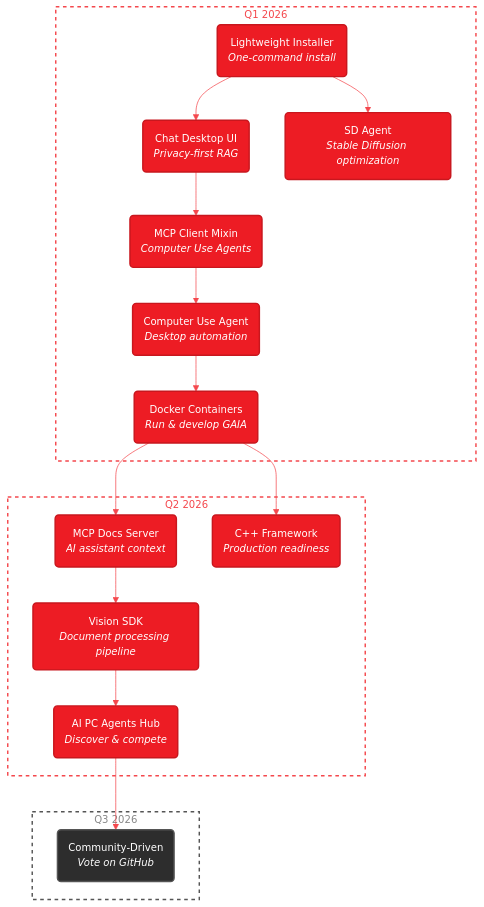
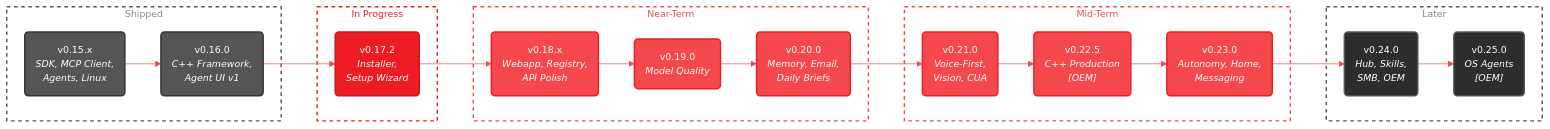
The diagram in docs/roadmap.mdx (amd/gaia), drawn with Mermaid before and after one commit. The commit also changed other lines of this file and 10 other files, not shown here.

First line of the commit message:
Roadmap overhaul: milestone-aligned plans, 9 new plan documents, voice-first P0

````diff
--- a/docs/roadmap.mdx
+++ b/docs/roadmap.mdx
@@ -29,50 +20,49 @@
 ```mermaid
-%%{init: {'theme':'base', 'themeVariables': { 'primaryColor':'#ED1C24', 'primaryTextColor':'#fff', 'primaryBorderColor':'#C8171E', 'lineColor':'#F4484D', 'secondaryColor':'#2d2d2d', 'tertiaryColor':'#f5f5f5', 'fontSize':'14px', 'fontFamily': 'system-ui, -apple-system, sans-serif'}}}%%
-graph TD
-    subgraph Q1["Q1 2026"]
-        A("Lightweight Installer<br/><i>One-command install</i>")
-        B("Chat Desktop UI<br/><i>Privacy-first RAG</i>")
-        C("MCP Client Mixin<br/><i>Computer Use Agents</i>")
-        C2("Computer Use Agent<br/><i>Desktop automation</i>")
-        D("Docker Containers<br/><i>Run & develop GAIA</i>")
-        E("SD Agent<br/><i>Stable Diffusion optimization</i>")
+%%{init: {'theme':'base', 'themeVariables': { 'primaryColor':'#ED1C24', 'primaryTextColor':'#fff', 'primaryBorderColor':'#C8171E', 'lineColor':'#F4484D', 'secondaryColor':'#2d2d2d', 'tertiaryColor':'#f5f5f5', 'fontSize':'13px', 'fontFamily': 'system-ui, -apple-system, sans-serif'}}}%%
+graph LR
+    subgraph Shipped["Shipped"]
+        V15("v0.15.x<br/><i>SDK, MCP Client,<br/>Agents, Linux</i>")
+        V16("v0.16.0<br/><i>C++ Framework,<br/>Agent UI v1</i>")
     end
 
-    subgraph Q2["Q2 2026"]
-        F("MCP Docs Server<br/><i>AI assistant context</i>")
-        G("AI PC Agents Hub<br/><i>Discover & compete</i>")
-        V("Vision SDK<br/><i>Document processing pipeline</i>")
-        CPP("C++ Framework<br/><i>Production readiness</i>")
+    subgraph Current["In Progress"]
+        V17("v0.17.2<br/><i>Installer,<br/>Setup Wizard</i>")
     end
 
-    subgraph Q3["Q3 2026"]
-        H("Community-Driven<br/><i>Vote on GitHub</i>")
+    subgraph Near["Near-Term"]
+        V18("v0.18.x<br/><i>Webapp, Registry,<br/>API Polish</i>")
+        V19("v0.19.0<br/><i>Model Quality</i>")
+        V20("v0.20.0<br/><i>Memory, Email,<br/>Daily Briefs</i>")
     end
 
-    A --> B
-    A --> E
-    B --> C
-    C --> C2
-    C2 --> D
-    D --> F
-    D --> CPP
-    F --> V
-    V --> G
-    G --> H
+    subgraph Mid["Mid-Term"]
+        V21("v0.21.0<br/><i>Voice-First,<br/>Vision, CUA</i>")
+        V22("v0.22.5<br/><i>C++ Production<br/>[OEM]</i>")
+        V23("v0.23.0<br/><i>Autonomy, Home,<br/>Messaging</i>")
+    end
 
-    style A fill:#ED1C24,stroke:#C8171E,stroke-width:2px,color:#fff
-    style B fill:#ED1C24,stroke:#C8171E,stroke-width:2px,color:#fff
-    style C fill:#ED1C24,stroke:#C8171E,stroke-width:2px,color:#fff
-    style C2 fill:#ED1C24,stroke:#C8171E,stroke-width:2px,color:#fff
-    style D fill:#ED1C24,stroke:#C8171E,stroke-width:2px,color:#fff
-    style E fill:#ED1C24,stroke:#C8171E,stroke-width:2px,color:#fff
-    style V fill:#ED1C24,stroke:#C8171E,stroke-width:2px,color:#fff
-    style F fill:#ED1C24,stroke:#C8171E,stroke-width:2px,color:#fff
-    style G fill:#ED1C24,stroke:#C8171E,stroke-width:2px,color:#fff
-    style CPP fill:#ED1C24,stroke:#C8171E,stroke-width:2px,color:#fff
-    style H fill:#2d2d2d,stroke:#555,stroke-width:2px,color:#fff
+    subgraph Later["Later"]
+        V24("v0.24.0<br/><i>Hub, Skills,<br/>SMB, OEM</i>")
+        V25("v0.25.0<br/><i>OS Agents<br/>[OEM]</i>")
+    end
 
-    style Q1 fill:transparent,stroke:#F4484D,stroke-width:2px,stroke-dasharray: 5 5,color:#F4484D
-    style Q2 fill:transparent,stroke:#F4484D,stroke-width:2px,stroke-dasharray: 5 5,color:#F4484D
-    style Q3 fill:transparent,stroke:#555,stroke-width:2px,stroke-dasharray: 5 5,color:#888
+    V15 --> V16 --> V17 --> V18 --> V19 --> V20 --> V21 --> V22 --> V23 --> V24 --> V25
+
+    style V15 fill:#555,stroke:#333,stroke-width:2px,color:#fff
+    style V16 fill:#555,stroke:#333,stroke-width:2px,color:#fff
+    style V17 fill:#ED1C24,stroke:#C8171E,stroke-width:2px,color:#fff
+    style V18 fill:#F4484D,stroke:#ED1C24,stroke-width:2px,color:#fff
+    style V19 fill:#F4484D,stroke:#ED1C24,stroke-width:2px,color:#fff
+    style V20 fill:#F4484D,stroke:#ED1C24,stroke-width:2px,color:#fff
+    style V21 fill:#F4484D,stroke:#ED1C24,stroke-width:2px,color:#fff
+    style V22 fill:#F4484D,stroke:#ED1C24,stroke-width:2px,color:#fff
+    style V23 fill:#F4484D,stroke:#ED1C24,stroke-width:2px,color:#fff
+    style V24 fill:#2d2d2d,stroke:#555,stroke-width:2px,color:#fff
+    style V25 fill:#2d2d2d,stroke:#555,stroke-width:2px,color:#fff
+
+    style Shipped fill:transparent,stroke:#555,stroke-width:2px,stroke-dasharray: 5 5,color:#888
+    style Current fill:transparent,stroke:#ED1C24,stroke-width:2px,stroke-dasharray: 5 5,color:#ED1C24
+    style Near fill:transparent,stroke:#F4484D,stroke-width:2px,stroke-dasharray: 5 5,color:#F4484D
+    style Mid fill:transparent,stroke:#F4484D,stroke-width:2px,stroke-dasharray: 5 5,color:#F4484D
+    style Later fill:transparent,stroke:#555,stroke-width:2px,stroke-dasharray: 5 5,color:#888
 ```
````
